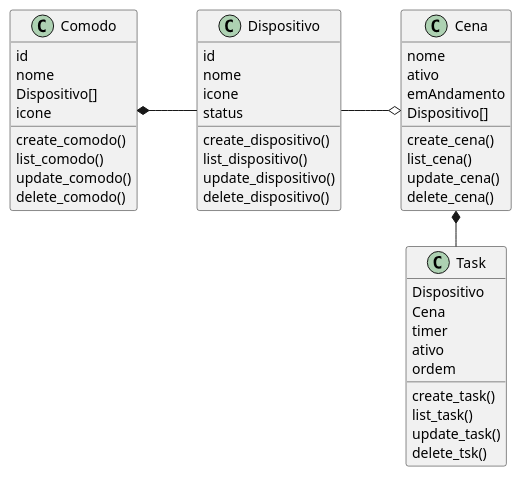
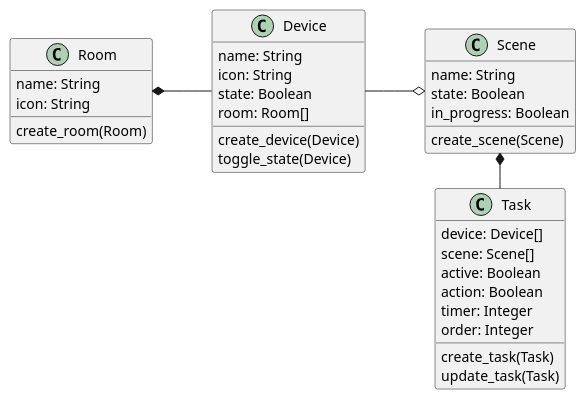
The diagram in docs/images/classes.puml (thalyssonDEV/smart-home-control), drawn with PlantUML before and after one commit. The commit also changed 1 other file, not shown here.

Commit message:
docs: Atualiza diagrama de classes

```diff
--- a/docs/images/classes.puml
+++ b/docs/images/classes.puml
@@ -1,54 +1,42 @@
 @startuml
 
 left to right direction
 
-class Comodo {
-  id
-  nome
-  Dispositivo[]
-  icone
-  create_comodo()
-  list_comodo()
-  update_comodo()
-  delete_comodo()
+class Room {
+  name: String
+  icon: String
+  create_room(Room)
 }
 
-class Dispositivo {
-  id
-  nome
-  icone
-  status
-  create_dispositivo()
-  list_dispositivo()
-  update_dispositivo()
-  delete_dispositivo()
+class Device {
+  name: String
+  icon: String
+  state: Boolean
+  room: Room[]
+  create_device(Device)
+  toggle_state(Device)
 }
 
-class Cena {
-  nome
-  ativo
-  emAndamento
-  Dispositivo[]
-  create_cena()
-  list_cena()
-  update_cena()
-  delete_cena()
+class Scene {
+  name: String
+  state: Boolean
+  in_progress: Boolean
+  create_scene(Scene)
 }
 
 class Task {
-  Dispositivo
-  Cena
-  timer
-  ativo
-  ordem
-  create_task()
-  list_task()
-  update_task()
-  delete_tsk()
+  device: Device[]
+  scene: Scene[]
+  active: Boolean
+  action: Boolean
+  timer: Integer
+  order: Integer
+  create_task(Task)
+  update_task(Task)
 }
 
-Comodo *-- Dispositivo
-Dispositivo --o Cena
-Cena *-right- Task
+Room *-- Device
+Device --o Scene
+Scene *-right- Task
 
 @enduml
```
